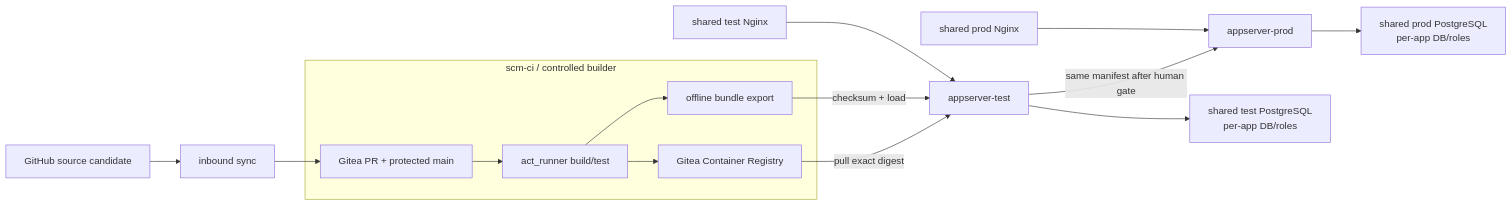
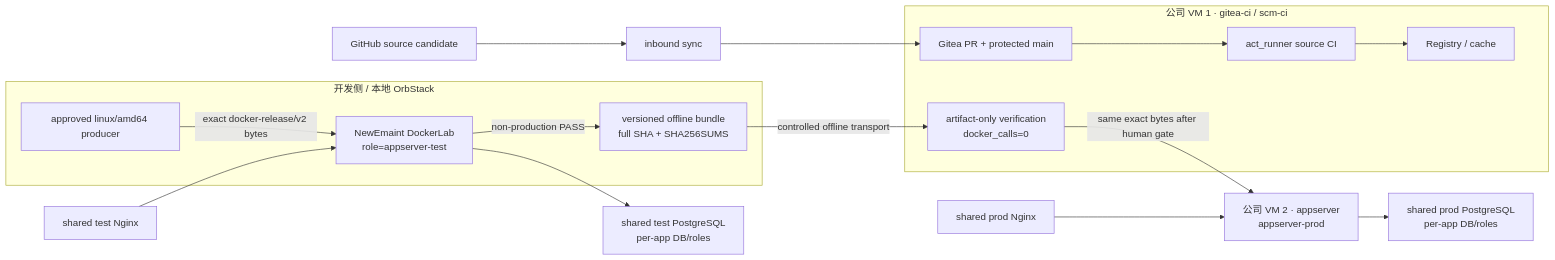
Before and after one commit to BenQue/AIGitea: the first of 3 diagrams in 12-Linux-GitHub-Gitea-双服务器自动部署方案.md, drawn with Mermaid. The commit also changed other lines of this file and 7 other files, not shown here.

````diff
--- a/12-Linux-GitHub-Gitea-双服务器自动部署方案.md
+++ b/12-Linux-GitHub-Gitea-双服务器自动部署方案.md
@@ -22,20 +23,25 @@
 ```mermaid
 flowchart LR
     GH["GitHub source candidate"] --> SYNC["inbound sync"]
-    subgraph SCM["scm-ci / controlled builder"]
+    subgraph LOCAL["开发侧 / 本地 OrbStack"]
+        PRODUCER["approved linux/amd64 producer"]
+        TEST["NewEmaint DockerLab\nrole=appserver-test"]
+        BUNDLE["versioned offline bundle\nfull SHA + SHA256SUMS"]
+        PRODUCER -->|"exact docker-release/v2 bytes"| TEST
+        TEST -->|"non-production PASS"| BUNDLE
+    end
+    subgraph SCM["公司 VM 1 · gitea-ci / scm-ci"]
         G["Gitea PR + protected main"]
-        CI["act_runner build/test"]
-        REG["Gitea Container Registry"]
-        BUNDLE["offline bundle export"]
+        CI["act_runner source CI"]
+        REG["Registry / cache"]
+        VERIFY["artifact-only verification\ndocker_calls=0"]
         G --> CI --> REG
-        CI --> BUNDLE
     end
     SYNC --> G
-    REG -->|"pull exact digest"| TEST["appserver-test"]
-    BUNDLE -->|"checksum + load"| TEST
-    TEST -->|"same manifest after human gate"| PROD["appserver-prod"]
+    BUNDLE -->|"controlled offline transport"| VERIFY
+    VERIFY -->|"same exact bytes after human gate"| PROD["公司 VM 2 · appserver\nappserver-prod"]
     TEST --> TDB["shared test PostgreSQL\nper-app DB/roles"]
     PROD --> PDB["shared prod PostgreSQL\nper-app DB/roles"]
     TN["shared test Nginx"] --> TEST
     PN["shared prod Nginx"] --> PROD
 ```
````
